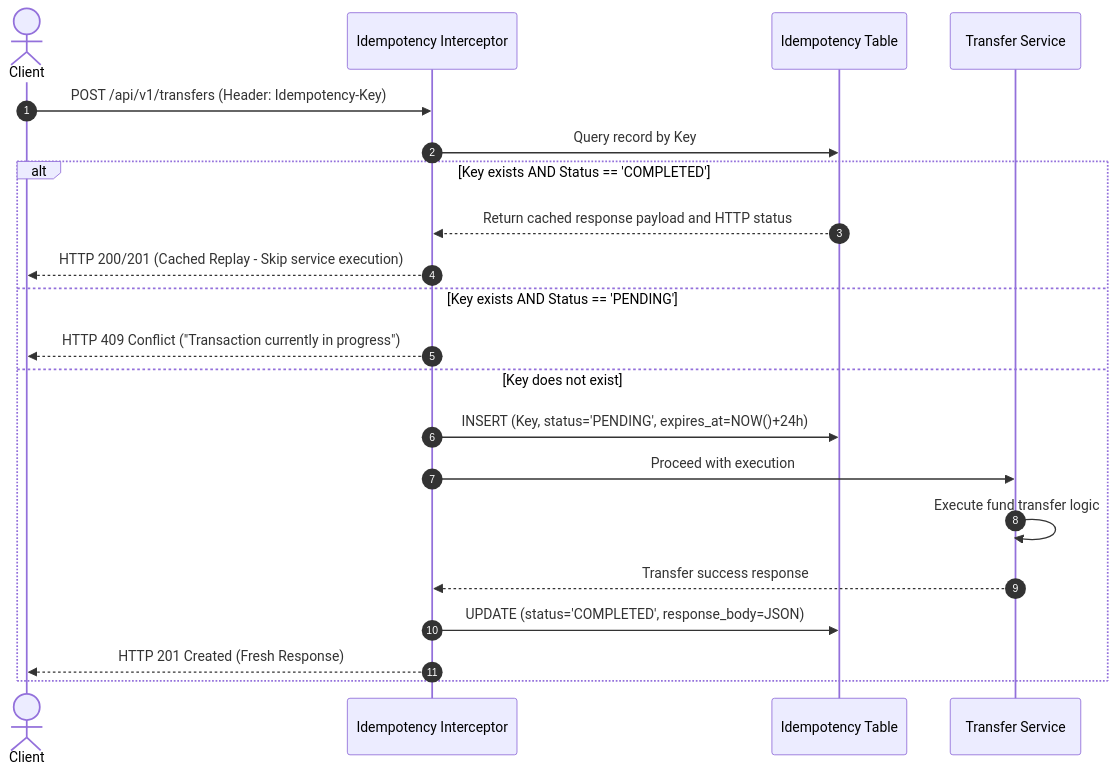
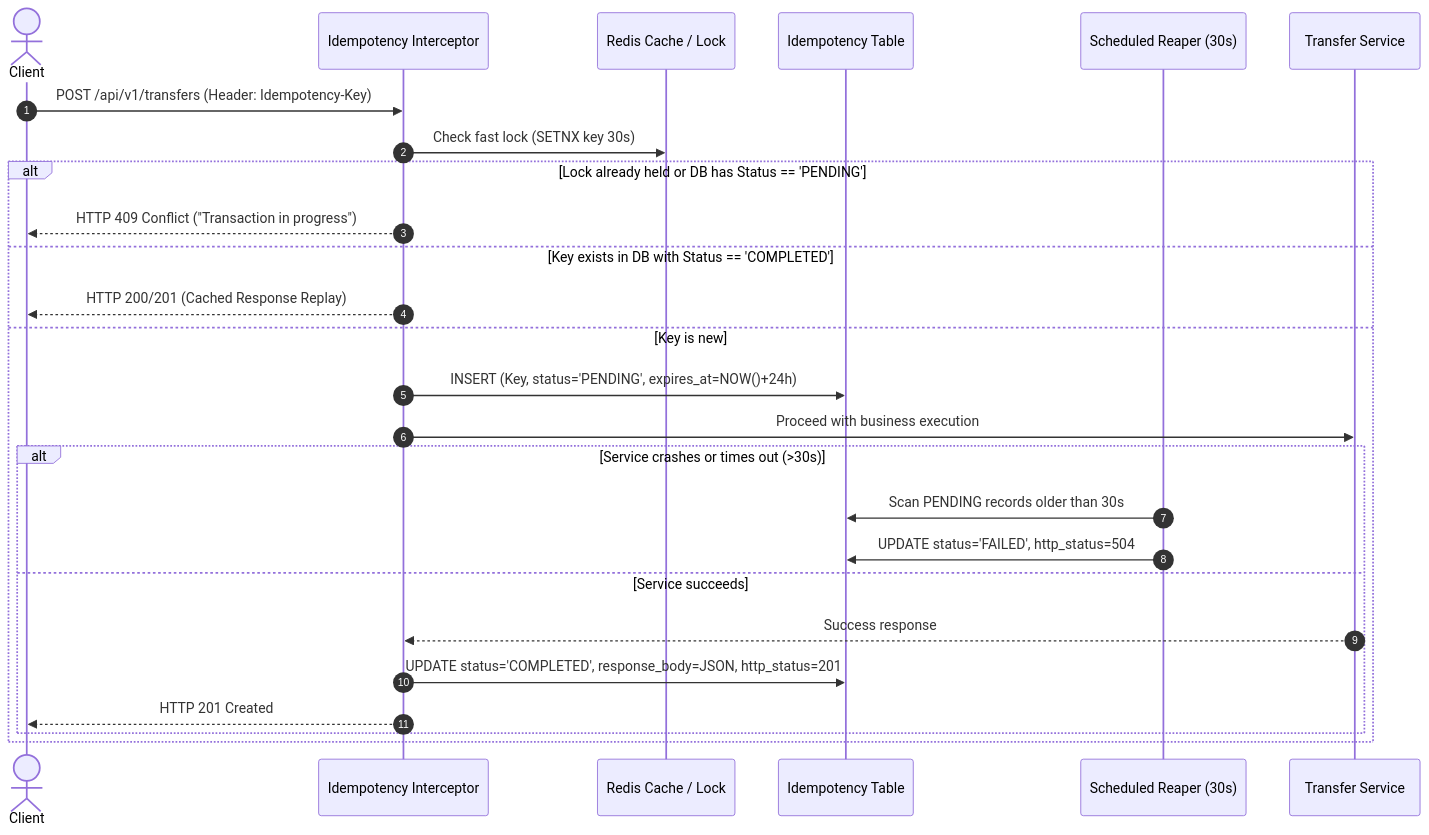
The first of 2 diagrams in docs/TECHNICAL_DESIGN.md (lovanbang999/novacore-banking), drawn with Mermaid before and after one commit. The commit also changed other lines of this file and 6 other files, not shown here.

First line of the commit message:
feat(core): add FX rates engine, 4-leg multi-currency ledger schema, and Redis infrastructure

````diff
--- a/docs/TECHNICAL_DESIGN.md
+++ b/docs/TECHNICAL_DESIGN.md
@@ -196,24 +280,29 @@
 ```mermaid
 sequenceDiagram
     autonumber
     actor Client
     participant Filter as Idempotency Interceptor
+    participant Redis as Redis Cache / Lock
     participant DB as Idempotency Table
+    participant Reaper as Scheduled Reaper (30s)
     participant Service as Transfer Service
 
     Client->>Filter: POST /api/v1/transfers (Header: Idempotency-Key)
-    Filter->>DB: Query record by Key
-    alt Key exists AND Status == 'COMPLETED'
-        DB-->>Filter: Return cached response payload and HTTP status
-        Filter-->>Client: HTTP 200/201 (Cached Replay - Skip service execution)
-    else Key exists AND Status == 'PENDING'
-        Filter-->>Client: HTTP 409 Conflict ("Transaction currently in progress")
-    else Key does not exist
+    Filter->>Redis: Check fast lock (SETNX key 30s)
+    alt Lock already held or DB has Status == 'PENDING'
+        Filter-->>Client: HTTP 409 Conflict ("Transaction in progress")
+    else Key exists in DB with Status == 'COMPLETED'
+        Filter-->>Client: HTTP 200/201 (Cached Response Replay)
+    else Key is new
         Filter->>DB: INSERT (Key, status='PENDING', expires_at=NOW()+24h)
-        Filter->>Service: Proceed with execution
-        Service->>Service: Execute fund transfer logic
-        Service-->>Filter: Transfer success response
-        Filter->>DB: UPDATE (status='COMPLETED', response_body=JSON)
-        Filter-->>Client: HTTP 201 Created (Fresh Response)
+        Filter->>Service: Proceed with business execution
+        alt Service crashes or times out (>30s)
+            Reaper->>DB: Scan PENDING records older than 30s
+            Reaper->>DB: UPDATE status='FAILED', http_status=504
+        else Service succeeds
+            Service-->>Filter: Success response
+            Filter->>DB: UPDATE status='COMPLETED', response_body=JSON, http_status=201
+            Filter-->>Client: HTTP 201 Created
+        end
     end
 ```
````
